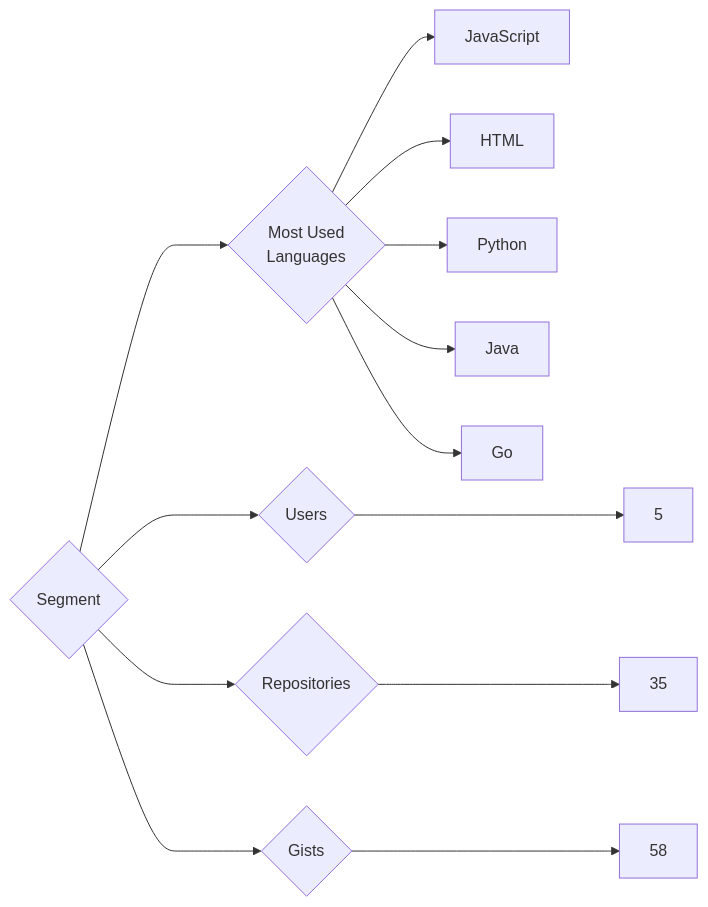
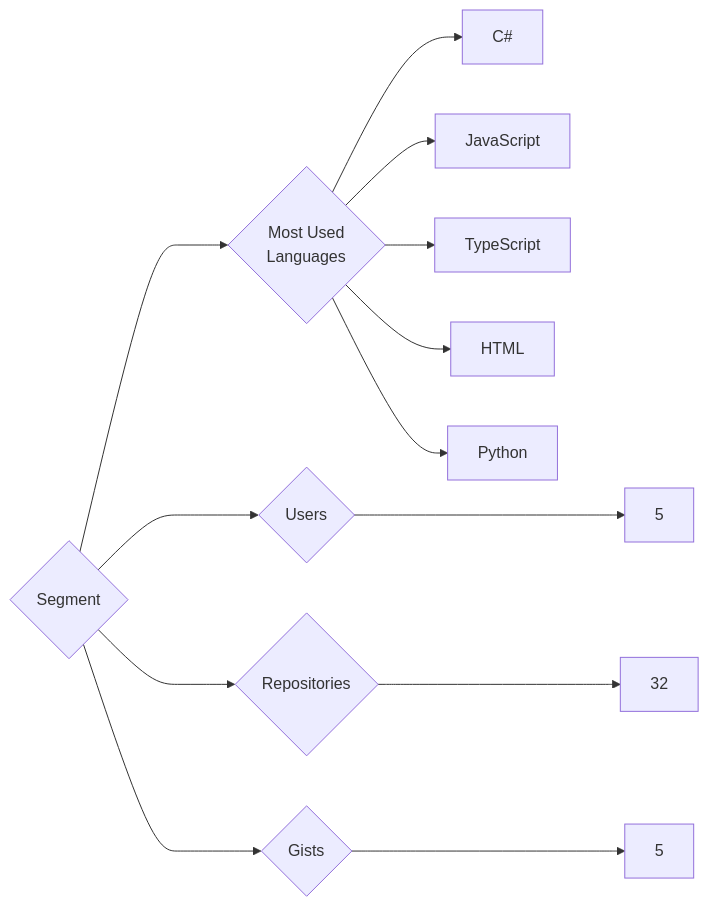
Before and after one commit to trickest/insiders: the diagram in targets/Segment/README.md, drawn with Mermaid. The commit also changed 898 other files, not shown here.

````diff
--- a/targets/Segment/README.md
+++ b/targets/Segment/README.md
@@ -3,13 +3,13 @@
 ```mermaid
 graph LR
 COMPANY_NAME{Segment}
 COMPANY_NAME ---> U{Users} ---> UN[5]
-COMPANY_NAME ---> R{Repositories} ---> RN[35]
-COMPANY_NAME ---> G{Gists} ---> GN[58]
+COMPANY_NAME ---> R{Repositories} ---> RN[32]
+COMPANY_NAME ---> G{Gists} ---> GN[5]
 COMPANY_NAME ---> ML{Most Used<br>Languages}
+ML --> C#[C#]
 ML --> JavaScript[JavaScript]
+ML --> TypeScript[TypeScript]
 ML --> HTML[HTML]
 ML --> Python[Python]
-ML --> Java[Java]
-ML --> Go[Go]
 ```
````
